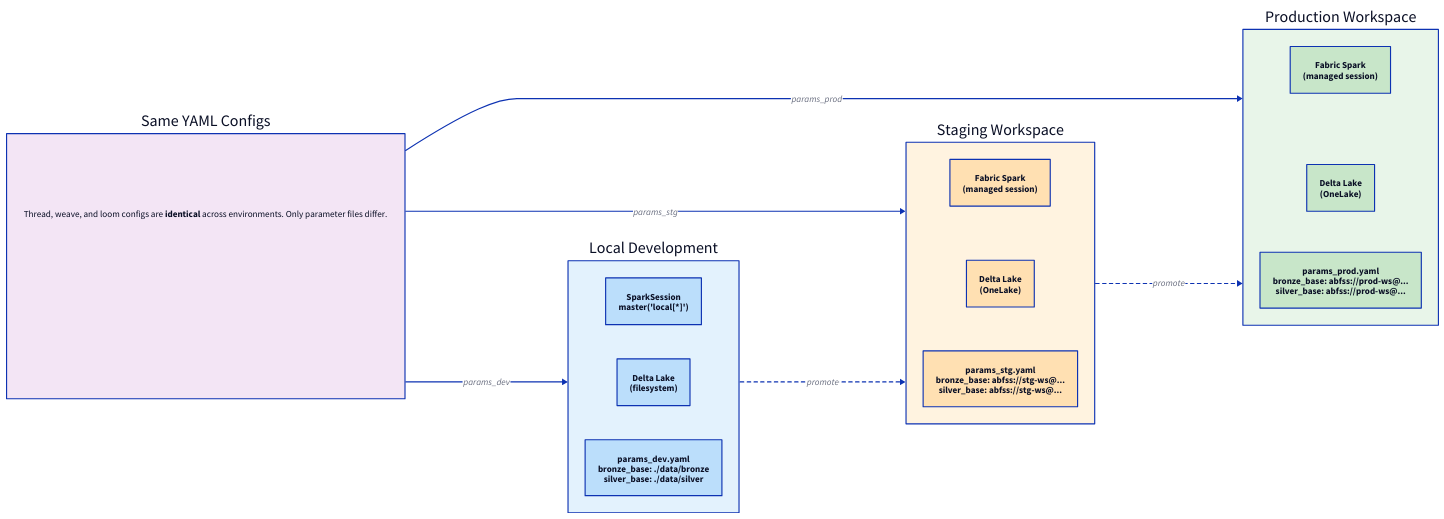
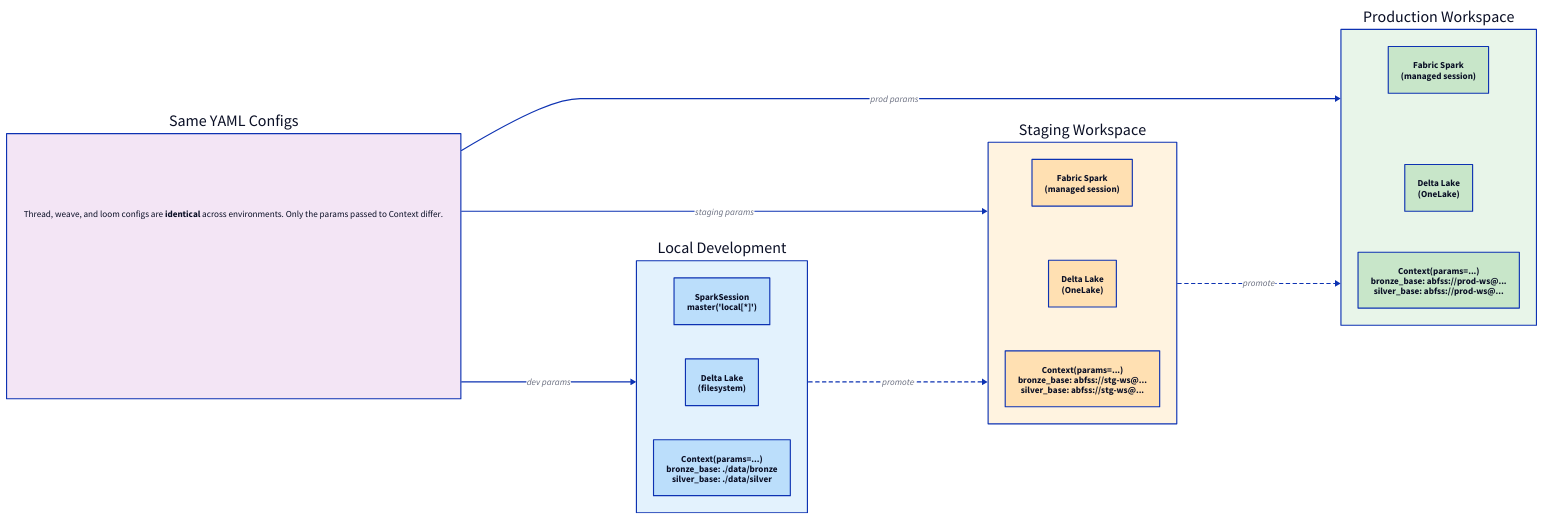
The diagram in docs/guides/fabric-runtime.md (ardent-data/weevr), drawn with D2 before and after one commit. The commit also changed other lines of this file and 35 other files, not shown here.

````diff
--- a/docs/guides/fabric-runtime.md
+++ b/docs/guides/fabric-runtime.md
@@ -175,40 +176,40 @@
 ```d2
 direction: right
 
 local: Local Development {
   style.fill: "#E3F2FD"
   spark_local: "SparkSession\nmaster('local[*]')" {style.fill: "#BBDEFB"}
   delta_local: "Delta Lake\n(filesystem)" {style.fill: "#BBDEFB"}
-  params_dev: "params_dev.yaml\nbronze_base: ./data/bronze\nsilver_base: ./data/silver" {style.fill: "#BBDEFB"}
+  params_dev: "Context(params=...)\nbronze_base: ./data/bronze\nsilver_base: ./data/silver" {style.fill: "#BBDEFB"}
 }
 
 staging: Staging Workspace {
   style.fill: "#FFF3E0"
   spark_stg: "Fabric Spark\n(managed session)" {style.fill: "#FFE0B2"}
   delta_stg: "Delta Lake\n(OneLake)" {style.fill: "#FFE0B2"}
-  params_stg: "params_stg.yaml\nbronze_base: abfss://stg-ws@...\nsilver_base: abfss://stg-ws@..." {style.fill: "#FFE0B2"}
+  params_stg: "Context(params=...)\nbronze_base: abfss://stg-ws@...\nsilver_base: abfss://stg-ws@..." {style.fill: "#FFE0B2"}
 }
 
 prod: Production Workspace {
   style.fill: "#E8F5E9"
   spark_prod: "Fabric Spark\n(managed session)" {style.fill: "#C8E6C9"}
   delta_prod: "Delta Lake\n(OneLake)" {style.fill: "#C8E6C9"}
-  params_prod: "params_prod.yaml\nbronze_base: abfss://prod-ws@...\nsilver_base: abfss://prod-ws@..." {style.fill: "#C8E6C9"}
+  params_prod: "Context(params=...)\nbronze_base: abfss://prod-ws@...\nsilver_base: abfss://prod-ws@..." {style.fill: "#C8E6C9"}
 }
 
 yaml: Same YAML Configs {
   style.fill: "#F3E5F5"
   note: |md
     Thread, weave, and loom configs
     are **identical** across environments.
-    Only parameter files differ.
+    Only the params passed to Context differ.
   |
 }
 
-yaml -> local: params_dev
-yaml -> staging: params_stg
-yaml -> prod: params_prod
+yaml -> local: dev params
+yaml -> staging: staging params
+yaml -> prod: prod params
 
 local -> staging: promote {style.stroke-dash: 3}
 staging -> prod: promote {style.stroke-dash: 3}
 ```
````
